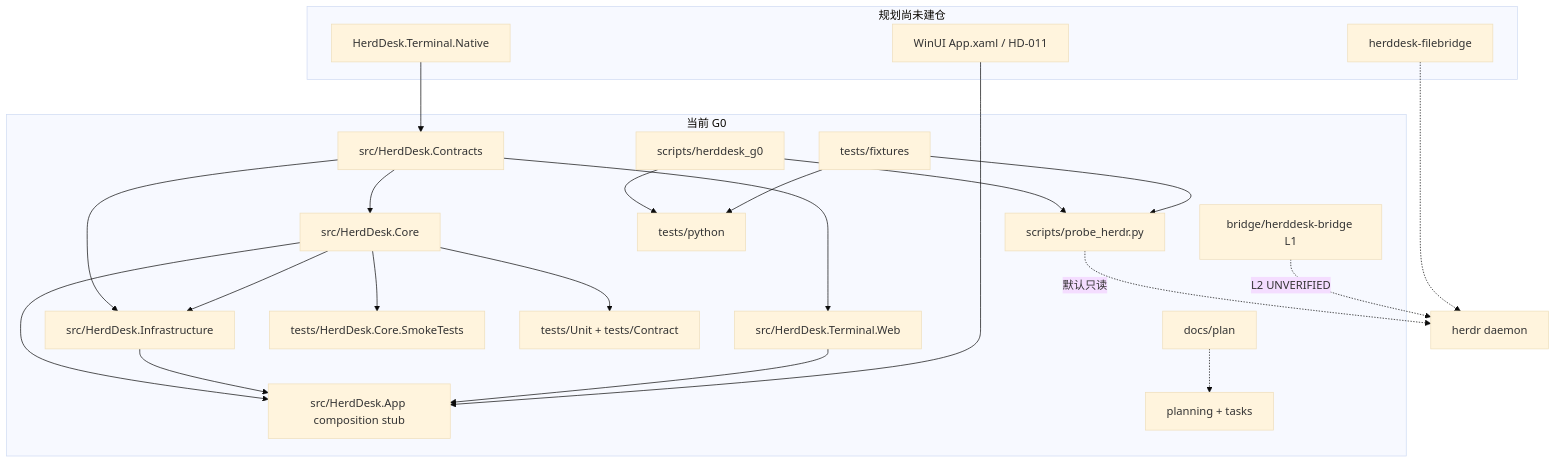
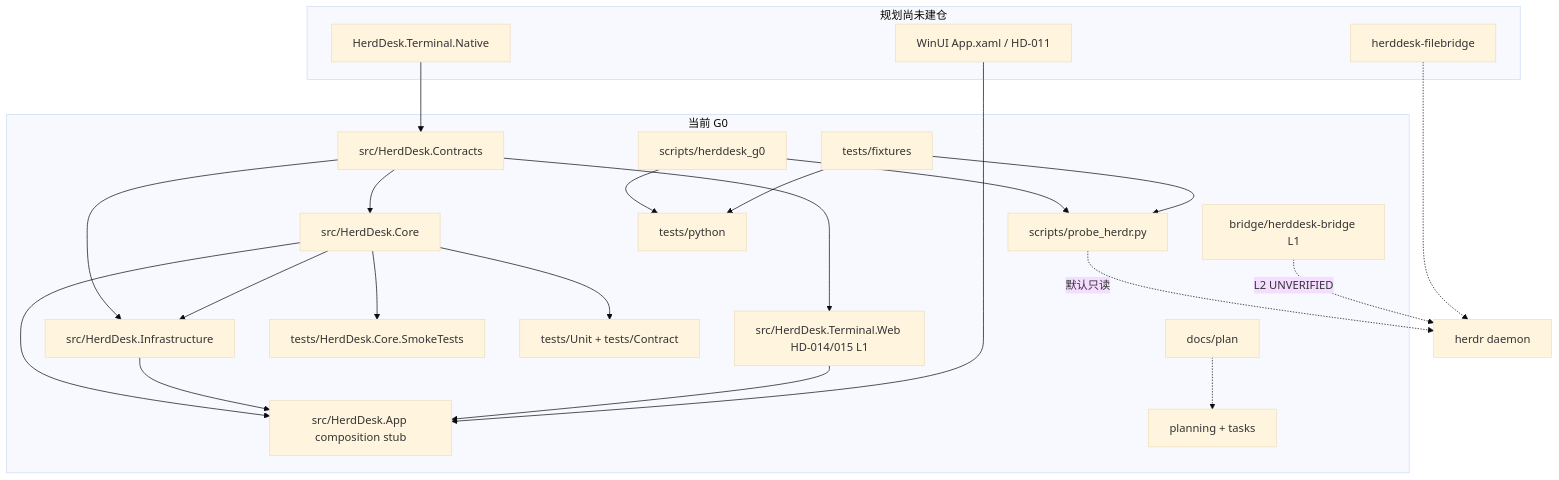
Before and after one commit to bahayonghang/HerdrDesk: the diagram in CLAUDE.md, drawn with Mermaid (base theme). The commit also changed other lines of this file and 37 other files, not shown here.

````diff
--- a/CLAUDE.md
+++ b/CLAUDE.md
@@ -32,44 +32,44 @@
 ```mermaid
 flowchart TB
   subgraph current [当前 G0]
     Contracts["src/HerdDesk.Contracts"]
     Core["src/HerdDesk.Core"]
     Infra["src/HerdDesk.Infrastructure"]
-    WebTerm["src/HerdDesk.Terminal.Web"]
+    WebTerm["src/HerdDesk.Terminal.Web HD-014/015 L1"]
     App["src/HerdDesk.App composition stub"]
     Smoke["tests/HerdDesk.Core.SmokeTests"]
     Unit["tests/Unit + tests/Contract"]
     Proto["scripts/herddesk_g0"]
     Probe["scripts/probe_herdr.py"]
     PyTests["tests/python"]
     Fixtures["tests/fixtures"]
     PlanDocs["docs/plan"]
     Active["planning + tasks"]
     Contracts --> Core
     Contracts --> Infra
     Core --> Infra
     Contracts --> WebTerm
     Core --> App
     Infra --> App
     WebTerm --> App
     Core --> Smoke
     Core --> Unit
     Proto --> Probe
     Proto --> PyTests
     Fixtures --> PyTests
     Fixtures --> Probe
     PlanDocs -.-> Active
     Bridge["bridge/herddesk-bridge L1"]
   end
   subgraph planned [规划尚未建仓]
     NativeTerm["HerdDesk.Terminal.Native"]
     WinUiShell["WinUI App.xaml / HD-011"]
     FileBr["herddesk-filebridge"]
     NativeTerm --> Contracts
     WinUiShell --> App
   end
   herdr["herdr daemon"]
   Probe -.->|默认只读| herdr
   Bridge -.->|L2 UNVERIFIED| herdr
   FileBr -.-> herdr
 ```
````
